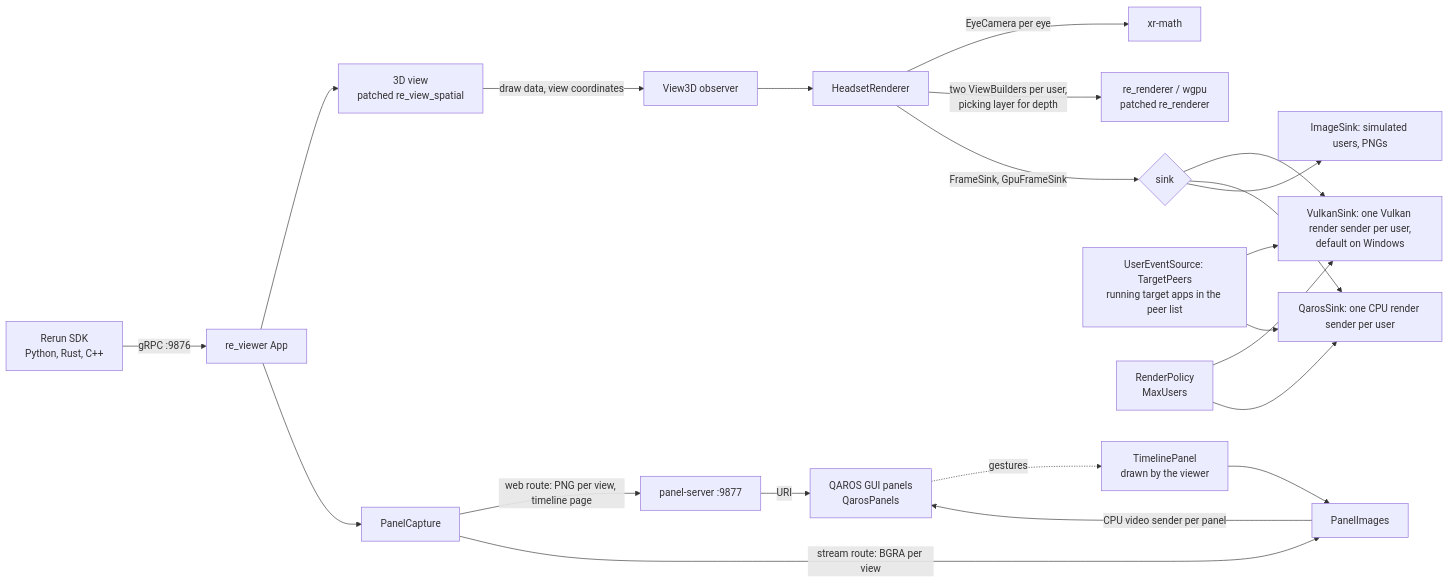
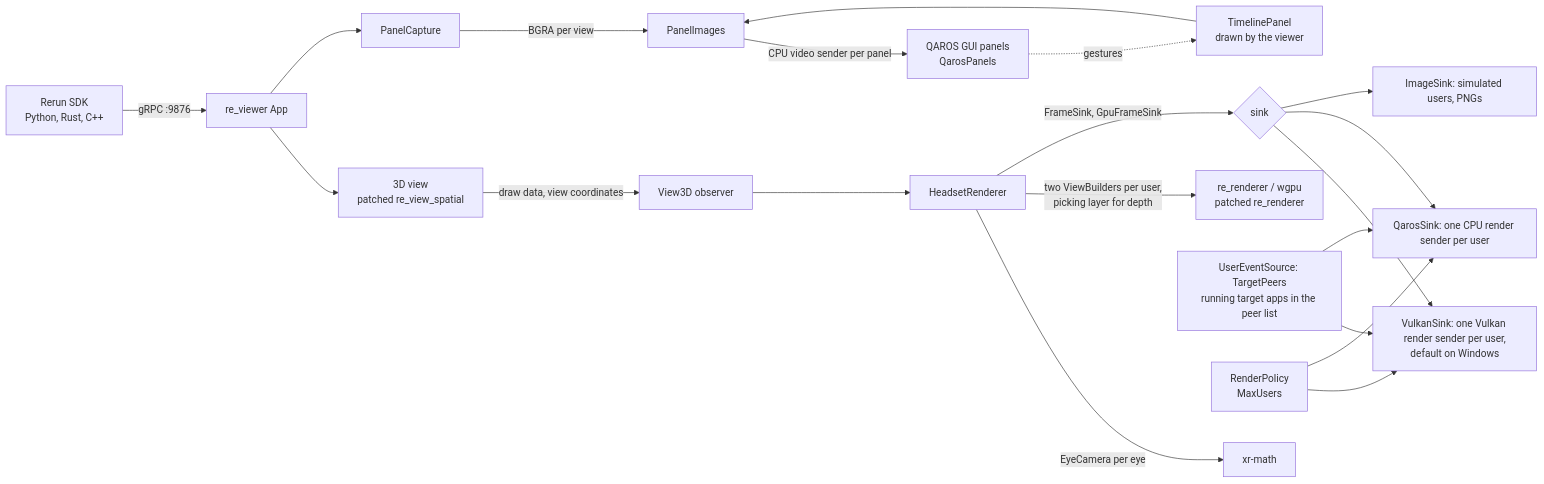
One commit to Quaternar/qaros-rerun changed the diagram in README.md. Above: the diagram before and after it, drawn with Mermaid. The commit also changed other lines of this file and 25 other files, not shown here.

First line of the commit message:
docs: panels as video streams, stream panel adrs and known qaros issues

````diff
--- a/README.md
+++ b/README.md
@@ -67,24 +66,22 @@
 ```mermaid
 flowchart LR
     sdk[Rerun SDK<br/>Python, Rust, C++] -->|gRPC :9876| viewer[re_viewer App]
     viewer --> view3d[3D view<br/>patched re_view_spatial]
     view3d -->|draw data, view coordinates| observer[View3D observer]
     observer --> headset[HeadsetRenderer]
     headset -->|EyeCamera per eye| xr[xr-math]
     headset -->|two ViewBuilders per user,<br/>picking layer for depth| gpu[re_renderer / wgpu<br/>patched re_renderer]
     headset -->|FrameSink, GpuFrameSink| sink{sink}
     sink --> vulkan[VulkanSink: one Vulkan render sender per user,<br/>default on Windows]
     sink --> qaros[QarosSink: one CPU render sender per user]
     sink --> image[ImageSink: simulated users, PNGs]
     events[UserEventSource: TargetPeers<br/>running target apps in the peer list] --> vulkan
     events --> qaros
     policy[RenderPolicy<br/>MaxUsers] --> vulkan
     policy --> qaros
     viewer --> capture[PanelCapture]
-    capture -->|web route: PNG per view, timeline page| panels[panel-server :9877]
-    panels -->|URI| guipanel[QAROS GUI panels<br/>QarosPanels]
-    capture -->|stream route: BGRA per view| images[PanelImages]
+    capture -->|BGRA per view| images[PanelImages]
     timeline[TimelinePanel<br/>drawn by the viewer] --> images
-    images -->|CPU video sender per panel| guipanel
+    images -->|CPU video sender per panel| guipanel[QAROS GUI panels<br/>QarosPanels]
     guipanel -.->|gestures| timeline
 ```
````
